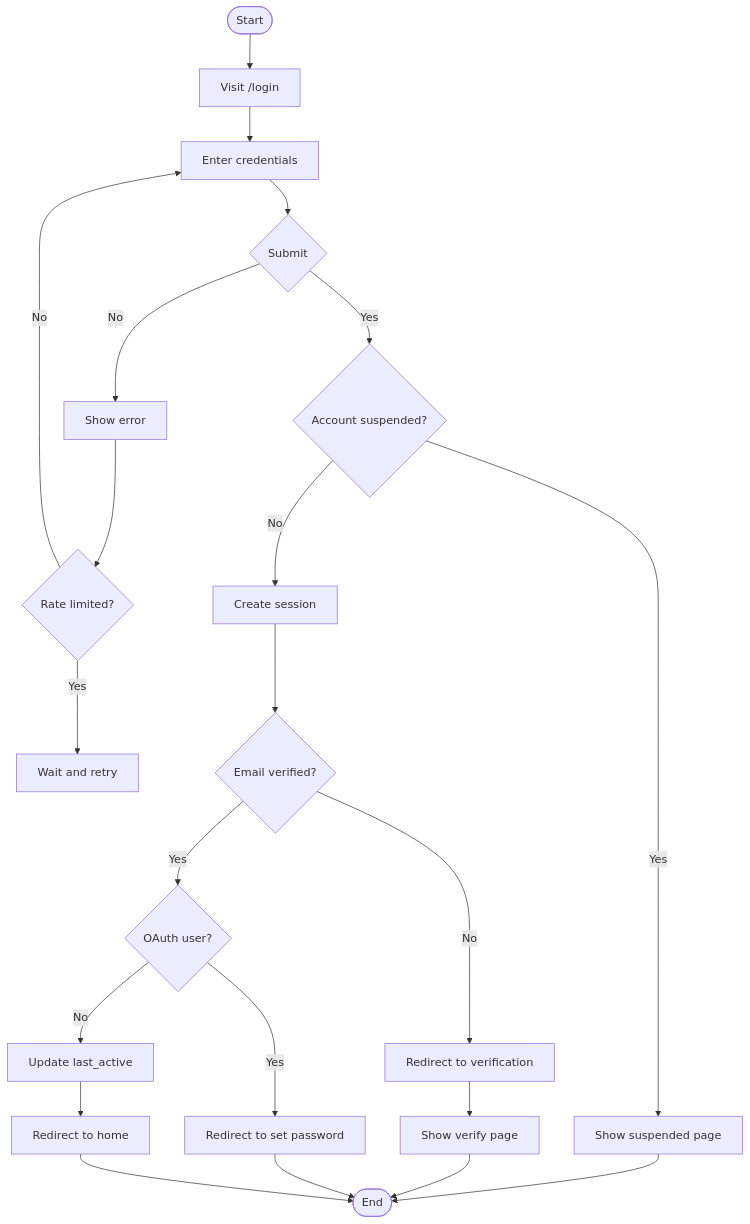
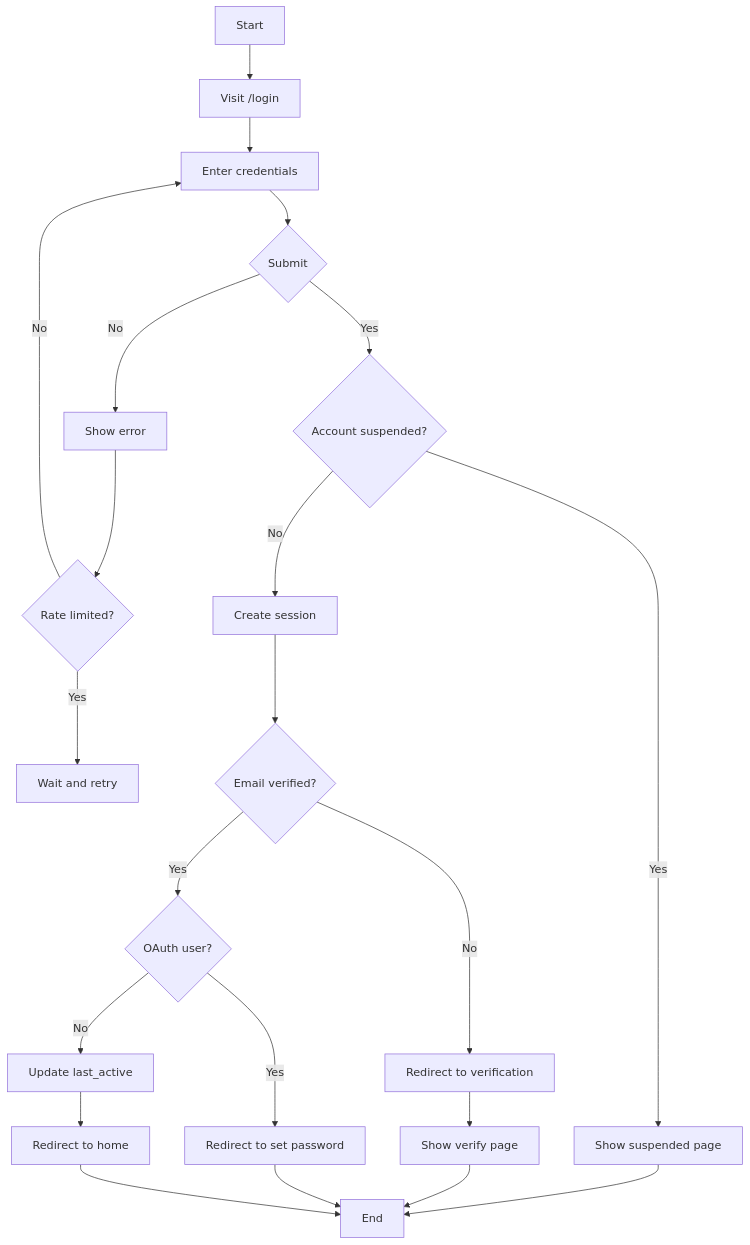
Before and after one commit to vd120/laravel_project: diagram 13 of 29 in UML.md, drawn with Mermaid. The commit also changed other lines of this file, not shown here.

````diff
--- a/UML.md
+++ b/UML.md
@@ -905,24 +899,24 @@
 ```mermaid
 flowchart TD
-    A([Start]) --> B[Visit /login]
+    A[Start] --> B[Visit /login]
     B --> C[Enter credentials]
     C --> D{Submit}
     D -->|No| E[Show error]
     E --> F{Rate limited?}
     F -->|Yes| G[Wait and retry]
     F -->|No| C
     D -->|Yes| H{Account suspended?}
     H -->|Yes| I[Show suspended page]
-    I --> J([End])
+    I --> J[End]
     H -->|No| K[Create session]
     K --> L{Email verified?}
     L -->|No| M[Redirect to verification]
     M --> N[Show verify page]
     N --> J
     L -->|Yes| O{OAuth user?}
     O -->|Yes| P[Redirect to set password]
     P --> J
     O -->|No| Q[Update last_active]
     Q --> R[Redirect to home]
     R --> J
 ```
````
